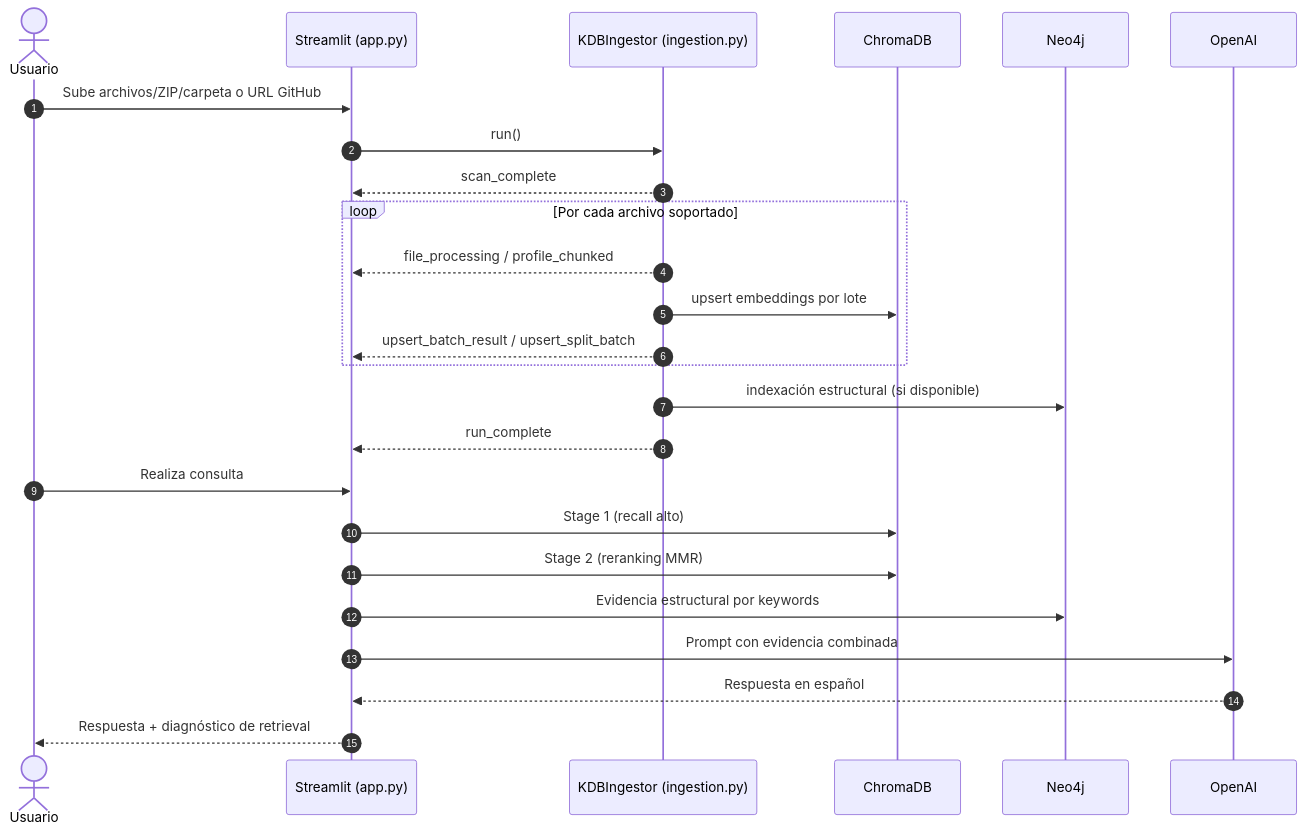
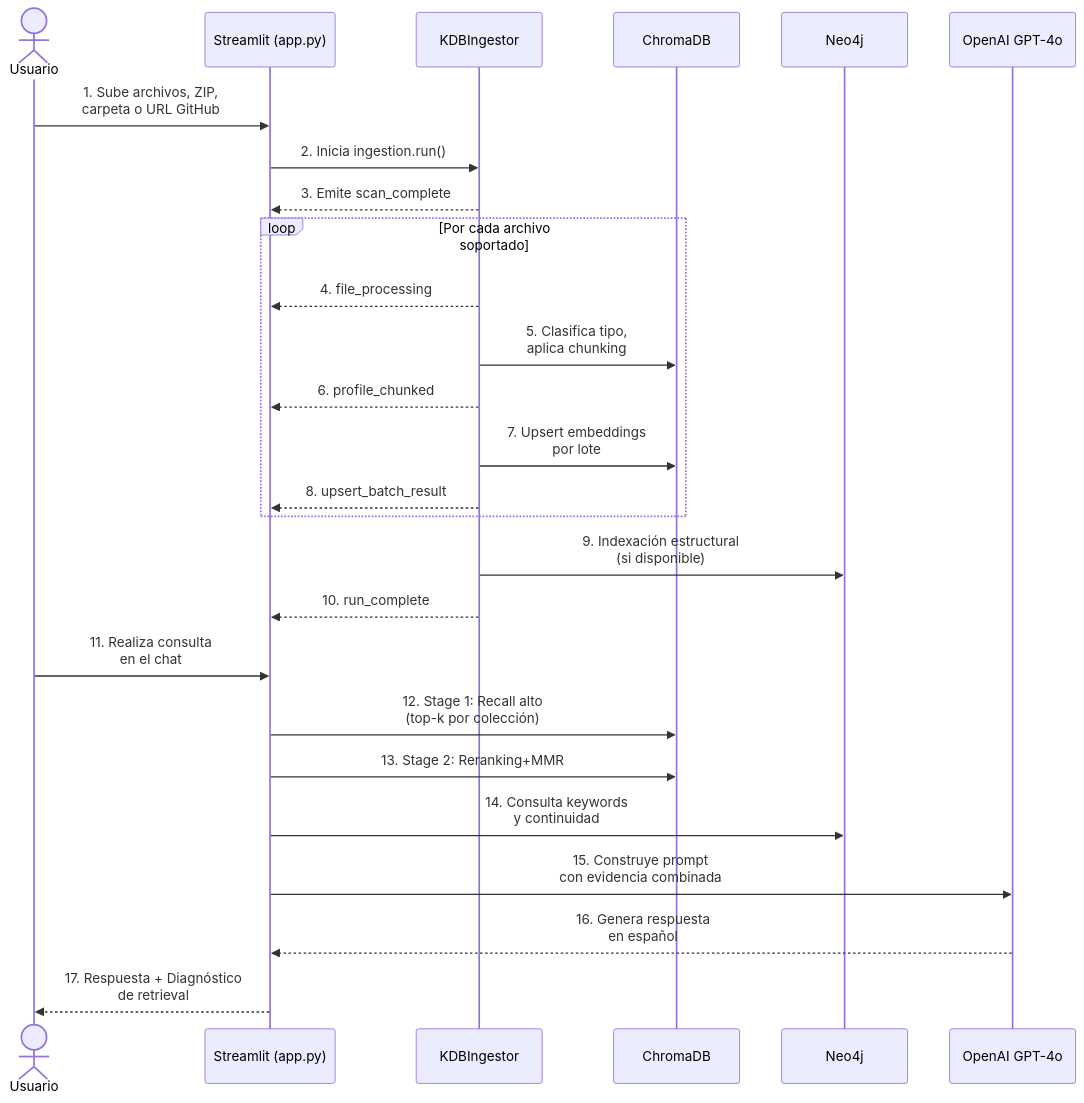
Before and after one commit to gherrerz/KDB-Vector-Grafo: the second of 2 diagrams in readme.md, drawn with Mermaid. The commit also changed other lines of this file and 4 other files, not shown here.

````diff
--- a/readme.md
+++ b/readme.md
@@ -133,29 +124,36 @@
 ```mermaid
 sequenceDiagram
-  autonumber
-  actor U as Usuario
-  participant UI as Streamlit (app.py)
-  participant ING as KDBIngestor (ingestion.py)
-  participant CH as ChromaDB
-  participant N4 as Neo4j
-  participant AI as OpenAI
+    actor U as Usuario
+    participant UI as Streamlit (app.py)
+    participant ING as KDBIngestor
+    participant CH as ChromaDB
+    participant N4 as Neo4j
+    participant AI as OpenAI GPT-4o
 
-  U->>UI: Sube archivos/ZIP/carpeta o URL GitHub
-  UI->>ING: run()
-  ING-->>UI: scan_complete
-  loop Por cada archivo soportado
-    ING-->>UI: file_processing / profile_chunked
-    ING->>CH: upsert embeddings por lote
-    ING-->>UI: upsert_batch_result / upsert_split_batch
-  end
-  ING->>N4: indexación estructural (si disponible)
-  ING-->>UI: run_complete
+    U->>UI: 1. Sube archivos, ZIP,<br/>carpeta o URL GitHub
 
-  U->>UI: Realiza consulta
-  UI->>CH: Stage 1 (recall alto)
-  UI->>CH: Stage 2 (reranking MMR)
-  UI->>N4: Evidencia estructural por keywords
-  UI->>AI: Prompt con evidencia combinada
-  AI-->>UI: Respuesta en español
-  UI-->>U: Respuesta + diagnóstico de retrieval
+    UI->>ING: 2. Inicia ingestion.run()
+    ING-->>UI: 3. Emite scan_complete
+    
+    loop Por cada archivo soportado
+        ING-->>UI: 4. file_processing
+        ING->>CH: 5. Clasifica tipo,<br/>aplica chunking
+        ING-->>UI: 6. profile_chunked
+        ING->>CH: 7. Upsert embeddings<br/>por lote
+        ING-->>UI: 8. upsert_batch_result
+    end
+
+    ING->>N4: 9. Indexación estructural<br/>(si disponible)
+    ING-->>UI: 10. run_complete
+
+    U->>UI: 11. Realiza consulta<br/>en el chat
+
+    UI->>CH: 12. Stage 1: Recall alto<br/>(top-k por colección)
+    UI->>CH: 13. Stage 2: Reranking+MMR
+    UI->>N4: 14. Consulta keywords<br/>y continuidad
+    
+    UI->>AI: 15. Construye prompt<br/>con evidencia combinada
+    AI-->>UI: 16. Genera respuesta<br/>en español
+
+    UI-->>U: 17. Respuesta + Diagnóstico<br/>de retrieval
 ```
````
